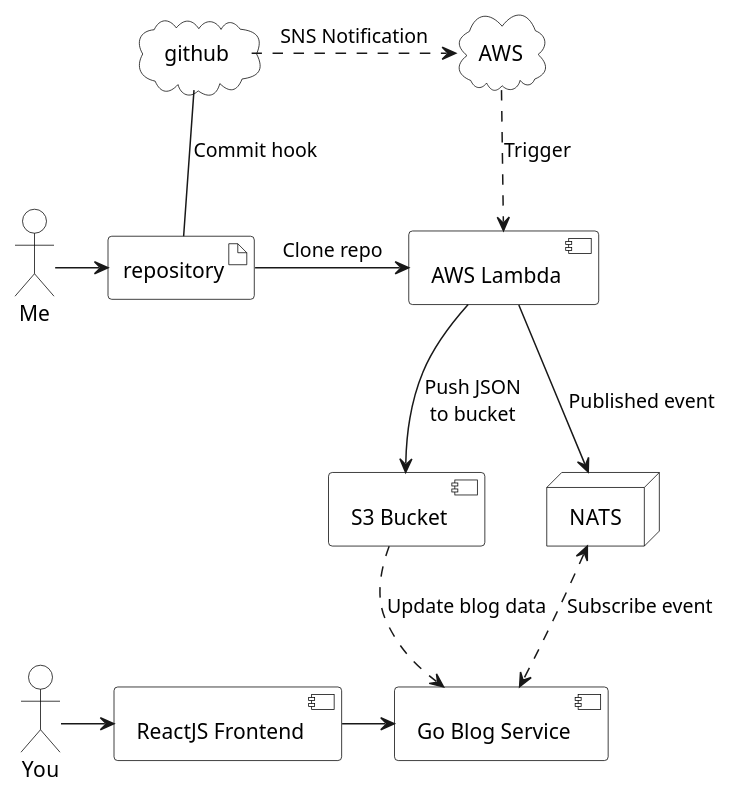
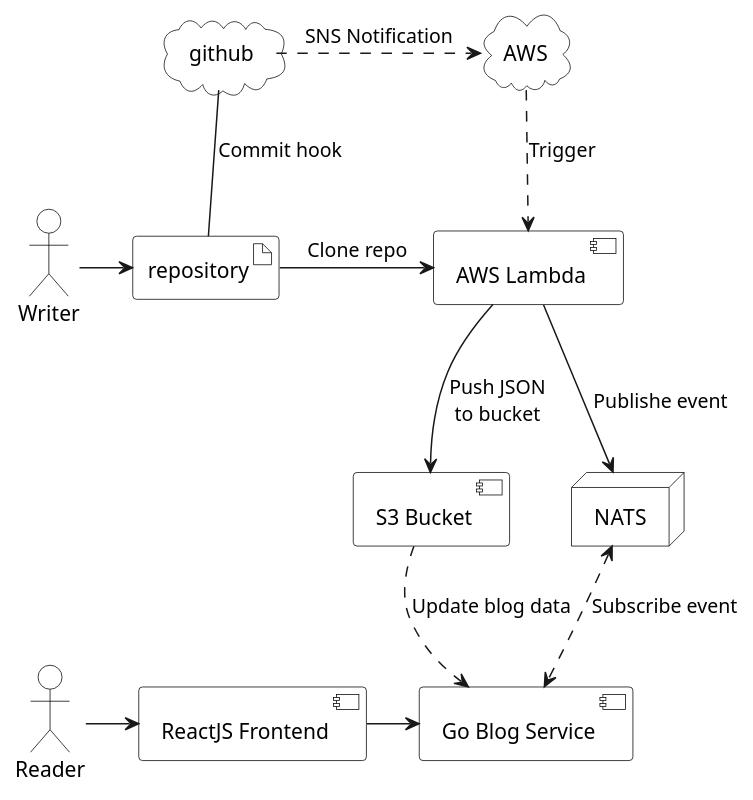
Before and after one commit to iwalz/blog: the diagram in puml/introduction/blog_architecture.puml, drawn with PlantUML. The commit also changed 7 other files, not shown here.

```diff
--- a/puml/introduction/blog_architecture.puml
+++ b/puml/introduction/blog_architecture.puml
@@ -1,46 +1,46 @@
 @startuml
 skinparam cloud {
     BackgroundColor white
     BorderColor black
 }
 skinparam component {
     BackgroundColor white
     BorderColor black
 }
 skinparam artifact{
     BackgroundColor white
     BorderColor black
 }
 skinparam actor {
     BackgroundColor white
     BorderColor black
 }
 skinparam node {
     BackgroundColor white
     BorderColor black
 }
 cloud github
 artifact repository
 cloud AWS
 component "AWS Lambda" as lambda
 component "S3 Bucket" as s3
 component "Go Blog Service" as blog
 component "ReactJS Frontend" as react
 node NATS
-actor You
-actor Me
+actor Reader
+actor Writer
 
 github -- repository : Commit hook
 github .> AWS : SNS Notification
 AWS ..> lambda : Trigger
-lambda --> NATS : Published event
+lambda --> NATS : Publishe event
 lambda --> s3 : Push JSON\nto bucket
 
 NATS <..> blog : Subscribe event
 s3 ..> blog : Update blog data
 repository -> lambda : Clone repo
 
-You -> react
+Reader -> react
 react -> blog
-Me -> repository
+Writer -> repository
 @enduml
```
